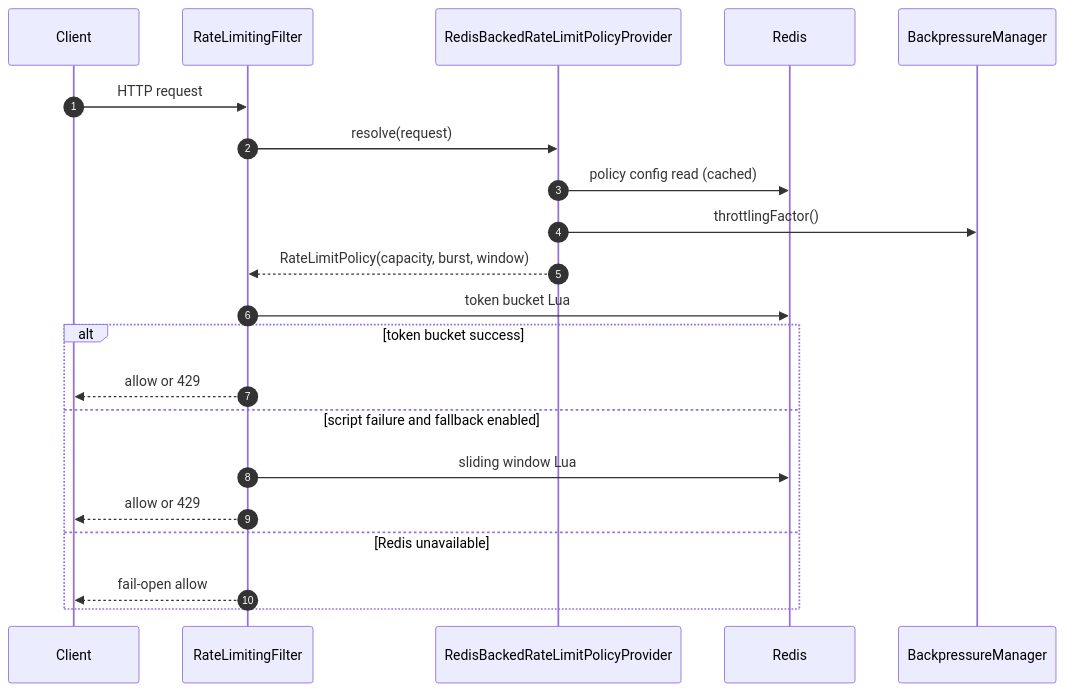
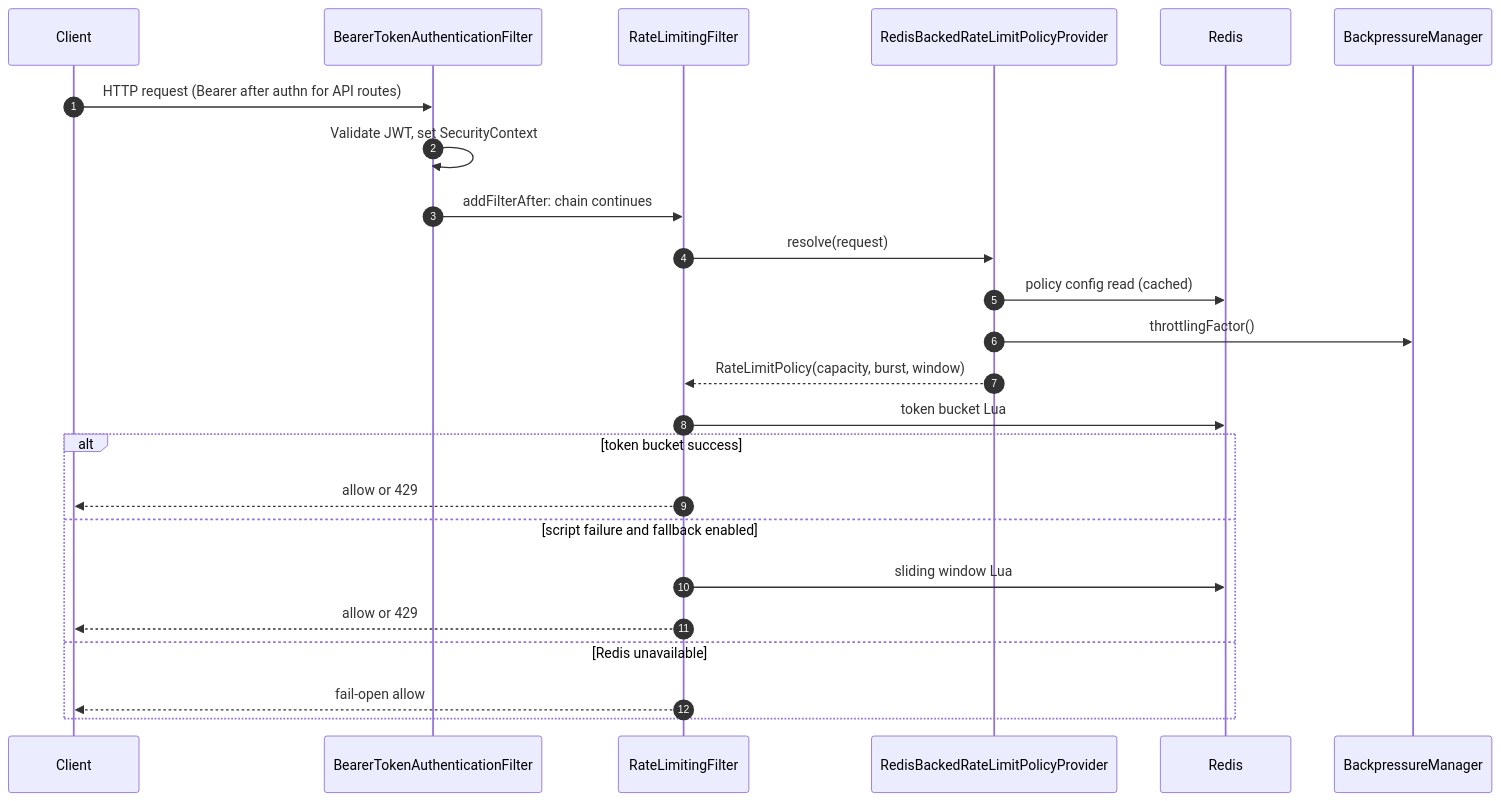
One commit to AbhinavT09/OrderProcessingSystem changed the fifth of 6 diagrams in docs/index.md. Above: the diagram before and after it, drawn with Mermaid. The commit also changed other lines of this file and 23 other files, not shown here.

First line of the commit message:
Add architecture tests and enhance JPA repository coverage

````diff
--- a/docs/index.md
+++ b/docs/index.md
@@ -154,24 +166,27 @@
 ```mermaid
 sequenceDiagram
     autonumber
     participant Client
+    participant JWT as BearerTokenAuthenticationFilter
     participant Filter as RateLimitingFilter
     participant Provider as RedisBackedRateLimitPolicyProvider
     participant Redis
     participant BP as BackpressureManager
 
-    Client->>Filter: HTTP request
+    Client->>JWT: HTTP request (Bearer after authn for API routes)
+    JWT->>JWT: Validate JWT, set SecurityContext
+    JWT->>Filter: addFilterAfter: chain continues
     Filter->>Provider: resolve(request)
     Provider->>Redis: policy config read (cached)
     Provider->>BP: throttlingFactor()
     Provider-->>Filter: RateLimitPolicy(capacity, burst, window)
     Filter->>Redis: token bucket Lua
     alt token bucket success
         Filter-->>Client: allow or 429
     else script failure and fallback enabled
         Filter->>Redis: sliding window Lua
         Filter-->>Client: allow or 429
     else Redis unavailable
         Filter-->>Client: fail-open allow
     end
 ```
````
